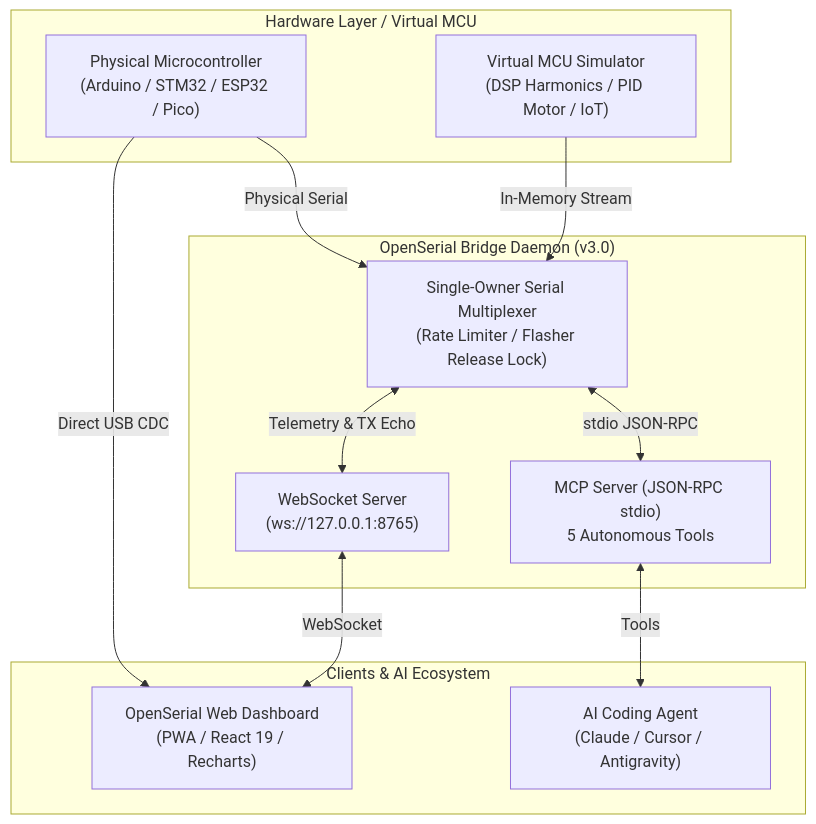
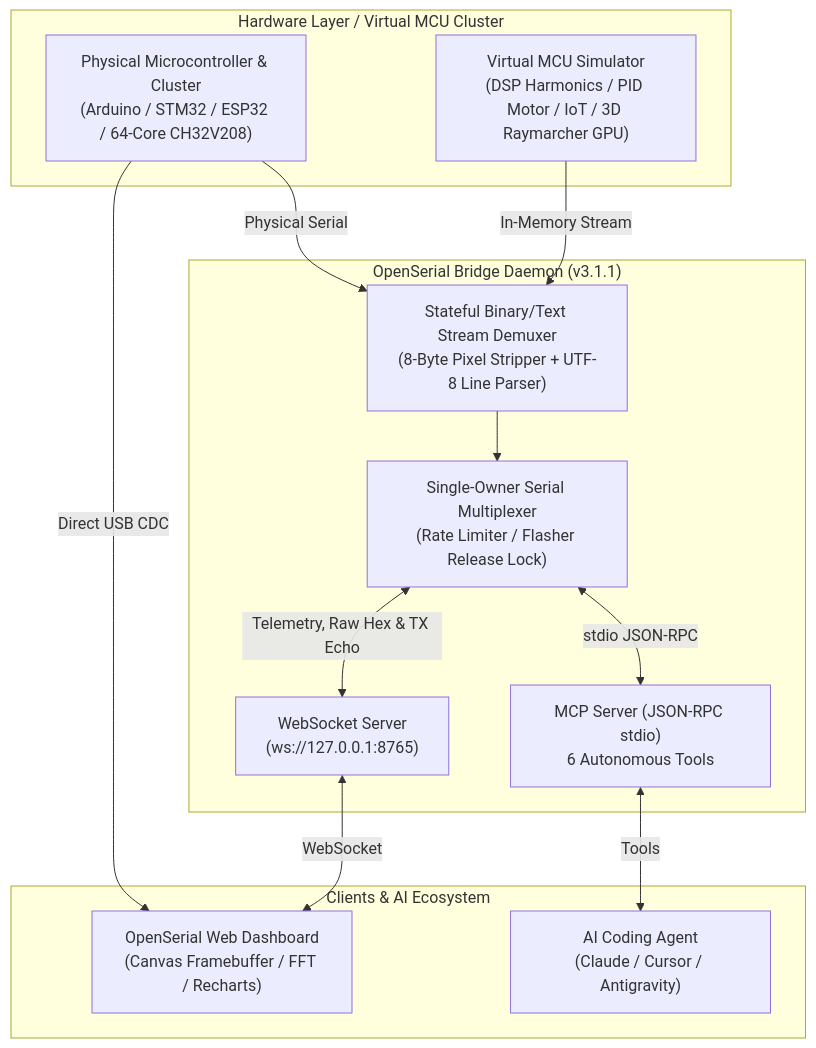
The diagram in README.md (ptai-eng/OpenSerial-Studio), drawn with Mermaid before and after one commit. The commit also changed other lines of this file and 12 other files, not shown here.

Commit message:
fix: harden v3.1.1 pixel demuxer and docs

````diff
--- a/README.md
+++ b/README.md
@@ -29,24 +30,26 @@
 ```mermaid
 flowchart TD
-    subgraph Hardware ["Hardware Layer / Virtual MCU"]
-        MCU["Physical Microcontroller\n(Arduino / STM32 / ESP32 / Pico)"]
-        SIM["Virtual MCU Simulator\n(DSP Harmonics / PID Motor / IoT)"]
+    subgraph Hardware ["Hardware Layer / Virtual MCU Cluster"]
+        MCU["Physical Microcontroller & Cluster\n(Arduino / STM32 / ESP32 / 64-Core CH32V208)"]
+        SIM["Virtual MCU Simulator\n(DSP Harmonics / PID Motor / IoT / 3D Raymarcher GPU)"]
     end
 
-    subgraph BridgeDaemon ["OpenSerial Bridge Daemon (v3.0)"]
+    subgraph BridgeDaemon ["OpenSerial Bridge Daemon (v3.1.1)"]
+        DEMUX["Stateful Binary/Text Stream Demuxer\n(8-Byte Pixel Stripper + UTF-8 Line Parser)"]
         MUX["Single-Owner Serial Multiplexer\n(Rate Limiter / Flasher Release Lock)"]
-        MCP["MCP Server (JSON-RPC stdio)\n5 Autonomous Tools"]
+        MCP["MCP Server (JSON-RPC stdio)\n6 Autonomous Tools"]
         WSS["WebSocket Server\n(ws://127.0.0.1:8765)"]
     end
 
     subgraph ClientLayer ["Clients & AI Ecosystem"]
-        WebUI["OpenSerial Web Dashboard\n(PWA / React 19 / Recharts)"]
+        WebUI["OpenSerial Web Dashboard\n(Canvas Framebuffer / FFT / Recharts)"]
         AI["AI Coding Agent\n(Claude / Cursor / Antigravity)"]
     end
 
     MCU -->|"Direct USB CDC"| WebUI
-    MCU -->|"Physical Serial"| MUX
-    SIM -->|"In-Memory Stream"| MUX
+    MCU -->|"Physical Serial"| DEMUX
+    SIM -->|"In-Memory Stream"| DEMUX
+    DEMUX --> MUX
     MUX <-->|"stdio JSON-RPC"| MCP <-->|"Tools"| AI
-    MUX <-->|"Telemetry & TX Echo"| WSS <-->|"WebSocket"| WebUI
+    MUX <-->|"Telemetry, Raw Hex & TX Echo"| WSS <-->|"WebSocket"| WebUI
 ```
````
